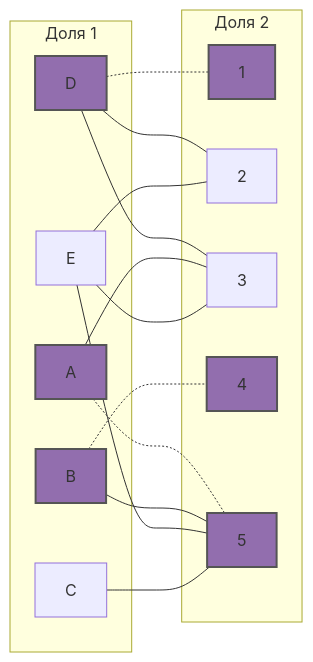
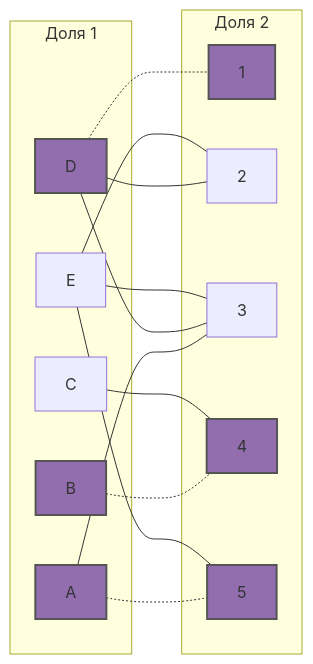
Before and after one commit to hse-algo-24-owl/manual-tasks-owl: the fourth of 10 diagrams in task-8/mikhailkrug.md, drawn with Mermaid. The commit also changed other lines of this file, not shown here.

````diff
--- a/task-8/mikhailkrug.md
+++ b/task-8/mikhailkrug.md
@@ -140,34 +146,33 @@
 ```mermaid
 graph LR
     subgraph "Доля 1"
         A[A]
         B[B]
         C[C]
         D[D]
         E[E]
     end
     subgraph "Доля 2"
         1[1]
         2[2]
         3[3]
         4[4]
         5[5]
     end
+    A --- 3
     A -.- 5
     B -.- 4
-    B --- 5
+    C --- 4
     D -.- 1
     D --- 2
     D --- 3
-    E --- 5
-    C --- 5
-    A --- 3
     E --- 2
     E --- 3
+    E --- 5
     style A fill:#926EAE,stroke:#555,stroke-width:2px
     style 5 fill:#926EAE,stroke:#555,stroke-width:2px
     style D fill:#926EAE,stroke:#555,stroke-width:2px
     style 1 fill:#926EAE,stroke:#555,stroke-width:2px
     style B fill:#926EAE,stroke:#555,stroke-width:2px
     style 4 fill:#926EAE,stroke:#555,stroke-width:2px
 ```
````
